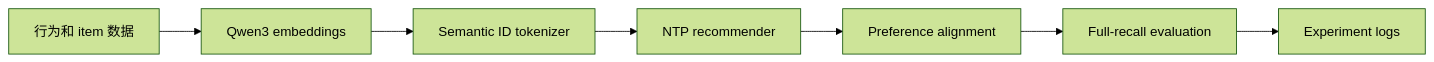
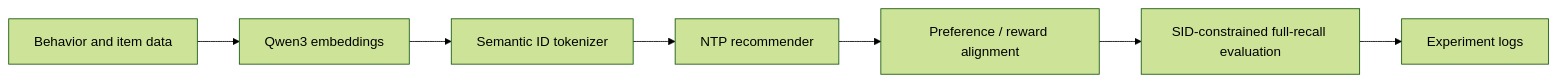
The second of 2 diagrams in README.zh.md (yzq986/nanoGenRec), drawn with Mermaid (forest theme) before and after one commit. The commit also changed other lines of this file and 1 other file, not shown here.

````diff
--- a/README.zh.md
+++ b/README.zh.md
@@ -101,9 +66,9 @@
 ```mermaid
 graph LR
-    A["行为和 item 数据"] --> B["Qwen3 embeddings"]
+    A["Behavior and item data"] --> B["Qwen3 embeddings"]
     B --> C["Semantic ID tokenizer"]
     C --> D["NTP recommender"]
-    D --> E["Preference alignment"]
-    E --> F["Full-recall evaluation"]
+    D --> E["Preference / reward alignment"]
+    E --> F["SID-constrained full-recall evaluation"]
     F --> G["Experiment logs"]
 ```
````
